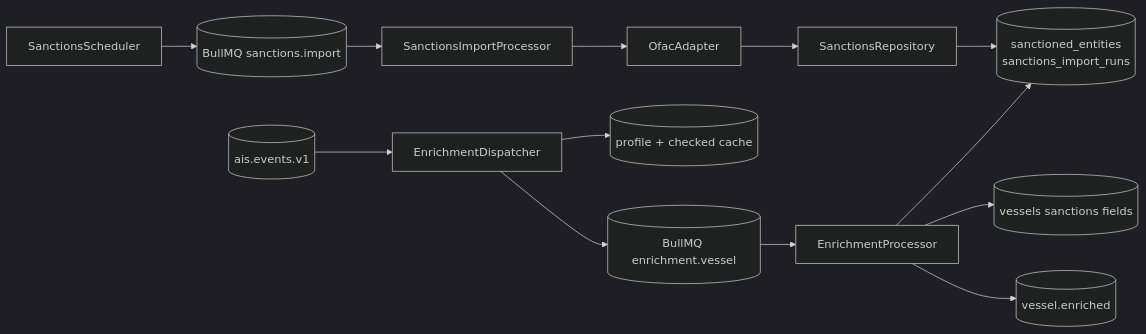
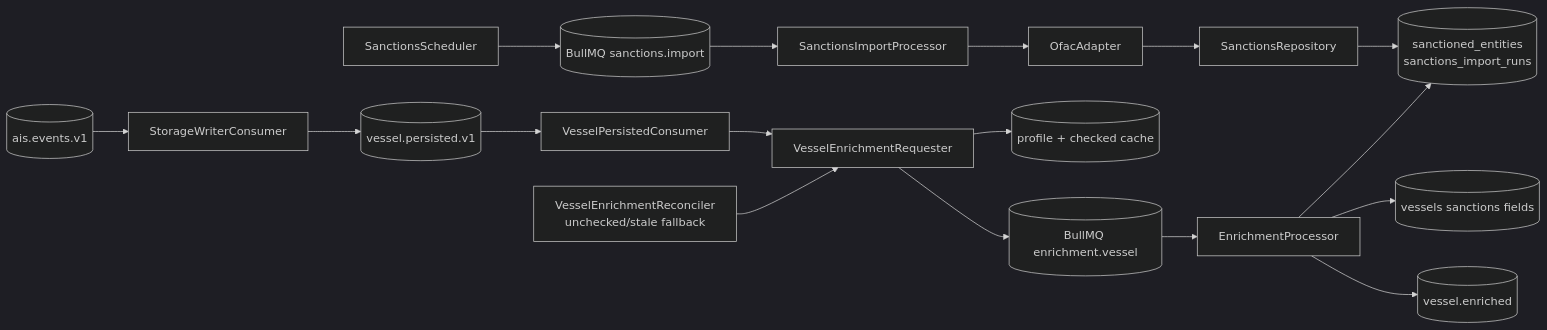
One commit to OlegPavlyuk/ais-tracking-system changed the fourth of 4 diagrams in docs/architecture-review.md. Above: the diagram before and after it, drawn with Mermaid (dark theme). The commit also changed other lines of this file and 4 other files, not shown here.

Commit message:
Update enrichment dispatch architecture docs

````diff
--- a/docs/architecture-review.md
+++ b/docs/architecture-review.md
@@ -124,16 +133,20 @@
 ```mermaid
 flowchart LR
   Scheduler["SanctionsScheduler"] --> ImportQ[("BullMQ sanctions.import")]
   ImportQ --> Processor["SanctionsImportProcessor"]
   Processor --> OFAC["OfacAdapter"]
   OFAC --> Repo["SanctionsRepository"]
   Repo --> Tables[("sanctioned_entities<br/>sanctions_import_runs")]
 
-  Events[("ais.events.v1")] --> Dispatcher["EnrichmentDispatcher"]
-  Dispatcher --> RedisCache[("profile + checked cache")]
-  Dispatcher --> EnrichQ[("BullMQ enrichment.vessel")]
+  Events[("ais.events.v1")] --> Storage["StorageWriterConsumer"]
+  Storage --> Persisted[("vessel.persisted.v1")]
+  Persisted --> PersistedConsumer["VesselPersistedConsumer"]
+  PersistedConsumer --> Requester["VesselEnrichmentRequester"]
+  Requester --> RedisCache[("profile + checked cache")]
+  Requester --> EnrichQ[("BullMQ enrichment.vessel")]
+  Reconciler["VesselEnrichmentReconciler<br/>unchecked/stale fallback"] --> Requester
   EnrichQ --> Worker["EnrichmentProcessor"]
   Worker --> Tables
   Worker --> Vessels[("vessels sanctions fields")]
   Worker --> Out[("vessel.enriched")]
 ```
````
